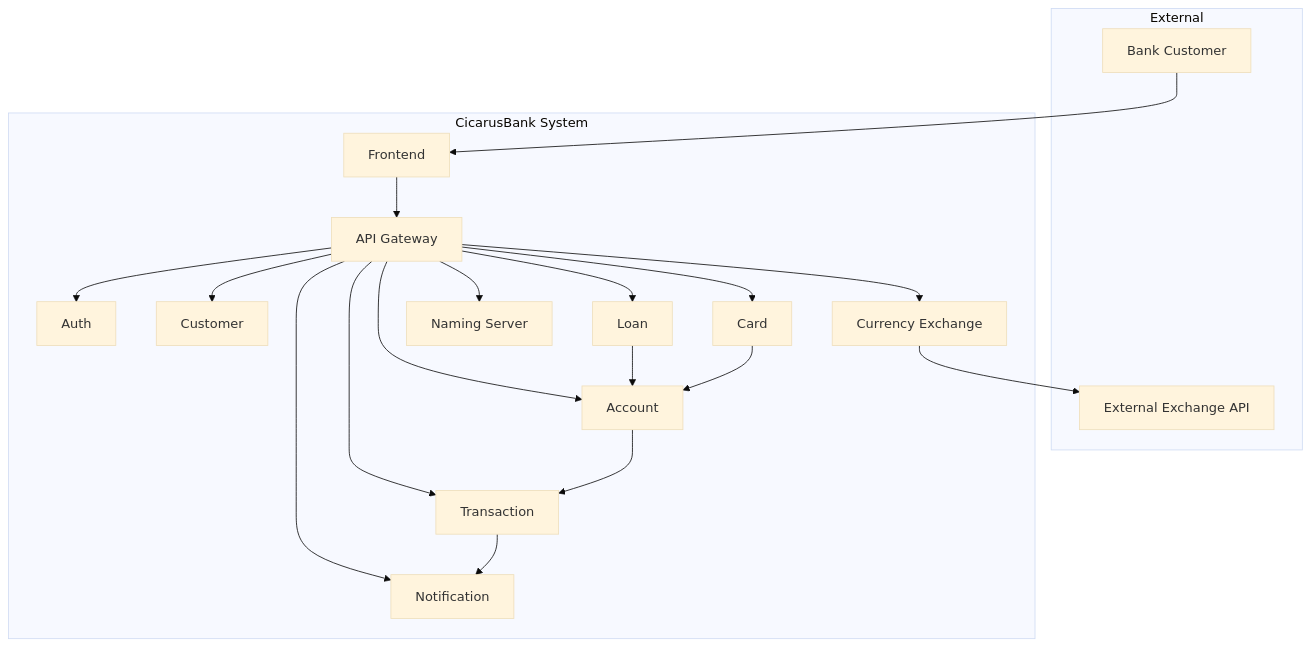
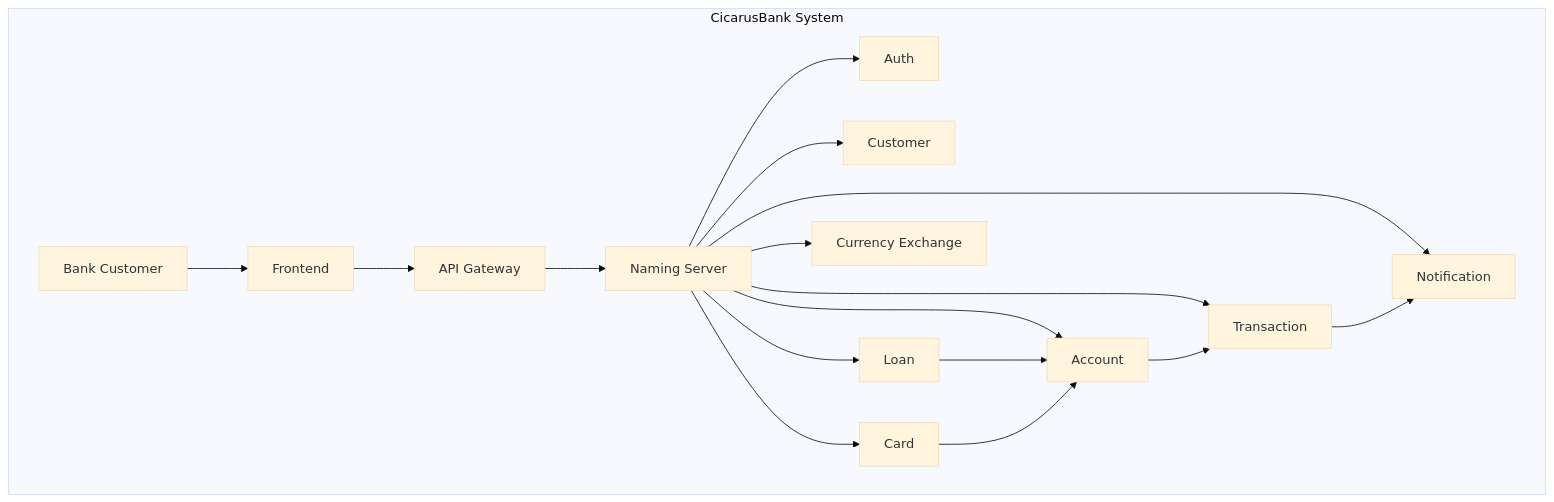
Before and after one commit to itiro-y/CicarusBank: the diagram in README.md, drawn with Mermaid (base theme).

````diff
--- a/README.md
+++ b/README.md
@@ -27,41 +27,35 @@
 ```mermaid
 graph TD
-    subgraph "External"
+    subgraph "CicarusBank System"
         user[Bank Customer]
-        external_exchange_api[External Exchange API]
-    end
-
-    subgraph "CicarusBank System"
         frontend[Frontend]
         api_gateway[API Gateway]
         auth_service[Auth]
         account_service[Account]
         customer_service[Customer]
         loan_service[Loan]
         transaction_service[Transaction]
         currency_exchange_service[Currency Exchange]
         notification_service[Notification]
         card_service[Card]
         naming_server[Naming Server]
     end
 
     user --> frontend
     frontend --> api_gateway
-
-    api_gateway --> auth_service
-    api_gateway --> account_service
-    api_gateway --> customer_service
-    api_gateway --> loan_service
-    api_gateway --> transaction_service
-    api_gateway --> currency_exchange_service
-    api_gateway --> notification_service
-    api_gateway --> card_service
     api_gateway --> naming_server
 
-    currency_exchange_service --> external_exchange_api
-
+    naming_server --> auth_service
+    naming_server --> account_service
+    naming_server --> customer_service
+    naming_server --> loan_service
+    naming_server --> transaction_service
+    naming_server --> currency_exchange_service
+    naming_server --> notification_service
+    naming_server --> card_service
+    
     account_service --> transaction_service
     transaction_service --> notification_service
     loan_service --> account_service
     card_service --> account_service
 ```
````
